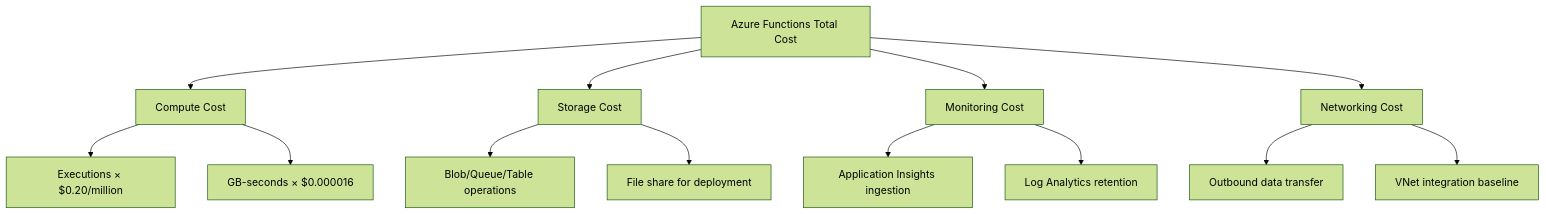
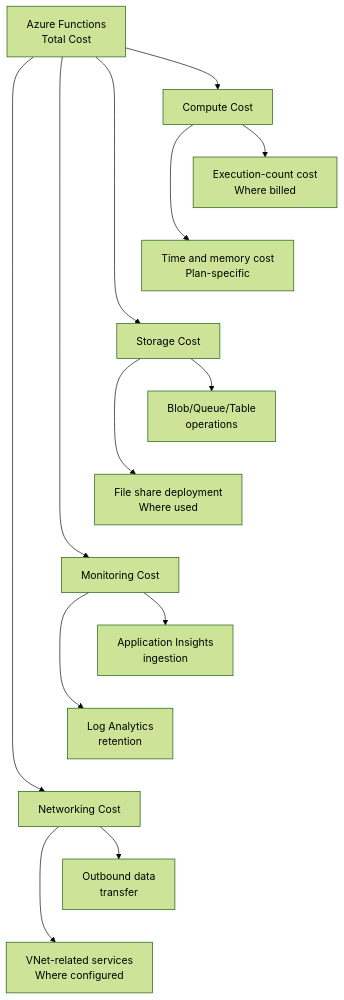
Before and after one commit to yeongseon/azure-functions-practical-guide: the first of 2 diagrams in docs/operations/cost-optimization.md, drawn with Mermaid (forest theme). The commit also changed other lines of this file and 1 other file, not shown here.

First line of the commit message:
docs(diagrams): clarify plan-specific cost figures and volume branches (#518)

````diff
--- a/docs/operations/cost-optimization.md
+++ b/docs/operations/cost-optimization.md
@@ -69,15 +76,25 @@
 ```mermaid
 graph TD
-    A[Azure Functions Total Cost] --> B[Compute Cost]
+    accTitle: Azure Functions operating-cost categories
+    accDescr: Illustrative category tree. Total cost includes compute, storage, monitoring and configured networking services. Compute meters depend on the plan; storage shows Blob, Queue and Table operations and file shares where used; monitoring shows ingestion and retention; networking shows outbound transfer and configured network services. This is not a universal bill of materials.
+    A["Azure Functions<br/>Total Cost"] --> B[Compute Cost]
     A --> C[Storage Cost]
     A --> D[Monitoring Cost]
     A --> E[Networking Cost]
-    B --> B1["Executions × $0.20/million"]
-    B --> B2[GB-seconds × $0.000016]
-    C --> C1["Blob/Queue/Table operations"]
-    C --> C2[File share for deployment]
-    D --> D1[Application Insights ingestion]
-    D --> D2[Log Analytics retention]
-    E --> E1[Outbound data transfer]
-    E --> E2[VNet integration baseline]
+    B --> B1["Execution-count cost<br/>Where billed"]
+    B --> B2["Time and memory cost<br/>Plan-specific"]
+    C --> C1["Blob/Queue/Table<br/>operations"]
+    C --> C2["File share deployment<br/>Where used"]
+    D --> D1["Application Insights<br/>ingestion"]
+    D --> D2["Log Analytics<br/>retention"]
+    E --> E1["Outbound data<br/>transfer"]
+    E --> E2["VNet-related services<br/>Where configured"]
+    %% Layout-only links tier categories and leaves; they add no cost relationships.
+    B1 ~~~ B2
+    B2 ~~~ C
+    C1 ~~~ C2
+    C2 ~~~ D
+    D1 ~~~ D2
+    D2 ~~~ E
+    E1 ~~~ E2
 ```
````
